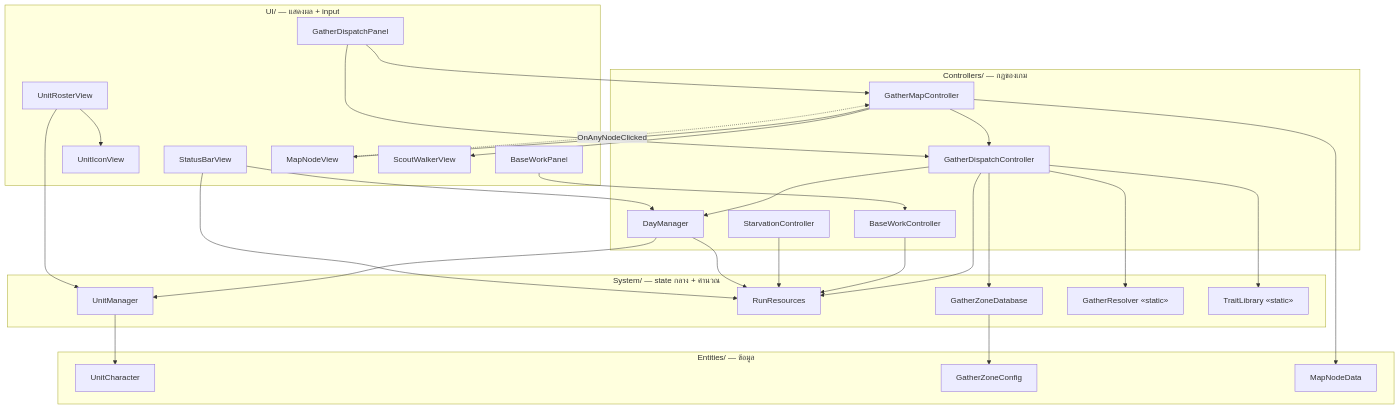
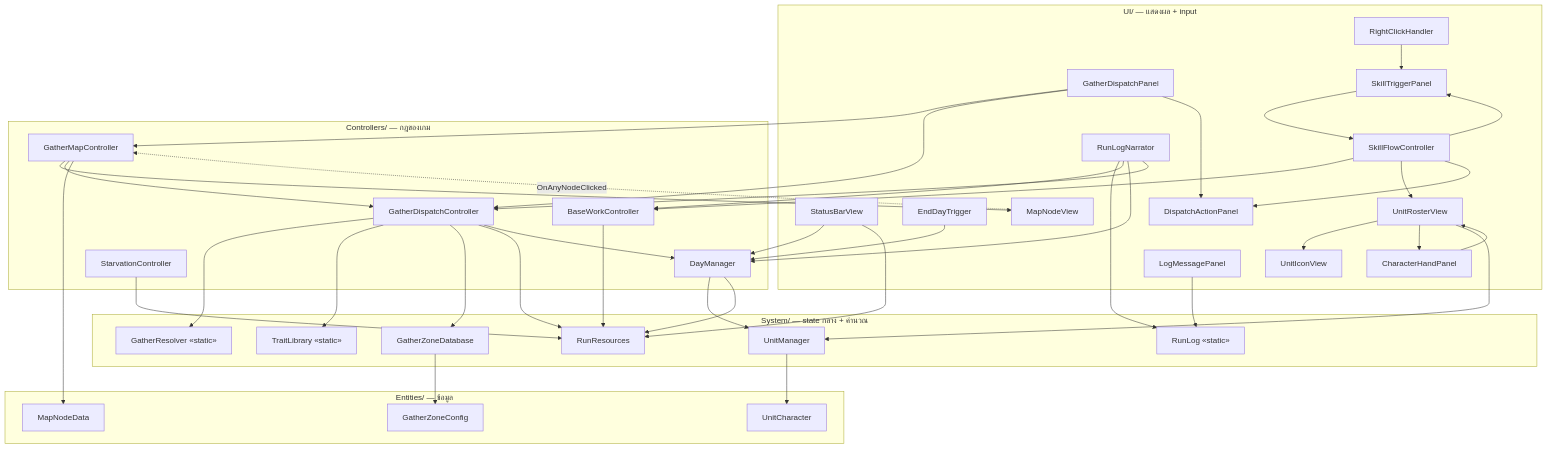
The first of 4 diagrams in docs/software/05-unity-class-diagram.md (nopponaim603/clogged), drawn with Mermaid before and after one commit. The commit also changed other lines of this file and 9 other files, not shown here.

````diff
--- a/docs/software/05-unity-class-diagram.md
+++ b/docs/software/05-unity-class-diagram.md
@@ -8,56 +9,76 @@
 ```mermaid
 flowchart TD
     subgraph UI["UI/ — แสดงผล + input"]
         SBV[StatusBarView]
+        EDT[EndDayTrigger]
         URV[UnitRosterView] --> UIV[UnitIconView]
+        CHP[CharacterHandPanel]
         GDP[GatherDispatchPanel]
-        BWP[BaseWorkPanel]
+        DAP[DispatchActionPanel]
+        STP[SkillTriggerPanel]
+        SFC[SkillFlowController]
+        LMP[LogMessagePanel]
+        RLN[RunLogNarrator]
         MNV[MapNodeView]
-        SWV[ScoutWalkerView]
+        RCH[RightClickHandler]
     end
 
     subgraph CTRL["Controllers/ — กฎของเกม"]
         DM[DayManager]
         GMC[GatherMapController]
         GDC[GatherDispatchController]
         BWC[BaseWorkController]
         STC[StarvationController]
     end
 
     subgraph SYS["System/ — state กลาง + คำนวณ"]
         UM[UnitManager]
         RR[RunResources]
         GZD[GatherZoneDatabase]
+        LOG["RunLog «static»"]
         GR["GatherResolver «static»"]
         TL["TraitLibrary «static»"]
     end
 
     subgraph ENT["Entities/ — ข้อมูล"]
         UC[UnitCharacter]
         GZC[GatherZoneConfig]
         MND[MapNodeData]
     end
 
+    CHP --> URV
+    URV --> CHP
+    EDT --> DM
     GDP --> GMC
     GDP --> GDC
-    BWP --> BWC
+    GDP --> DAP
+    STP --> SFC
+    SFC --> BWC
+    SFC --> URV
+    SFC --> DAP
+    SFC --> STP
+    LMP --> LOG
+    RLN --> LOG
+    RLN --> BWC
+    RLN --> DM
+    RLN --> GDC
     MNV -. OnAnyNodeClicked .-> GMC
-    GMC --> SWV
+    RCH --> STP
     GMC --> MNV
     GMC --> GDC
     GDC --> GR
     GDC --> TL
     GDC --> GZD
     GDC --> RR
     GDC --> DM
     BWC --> RR
     STC --> RR
     DM --> UM
     DM --> RR
     SBV --> DM
     SBV --> RR
     URV --> UM
     UM --> UC
     GZD --> GZC
     GMC --> MND
 ```
````
